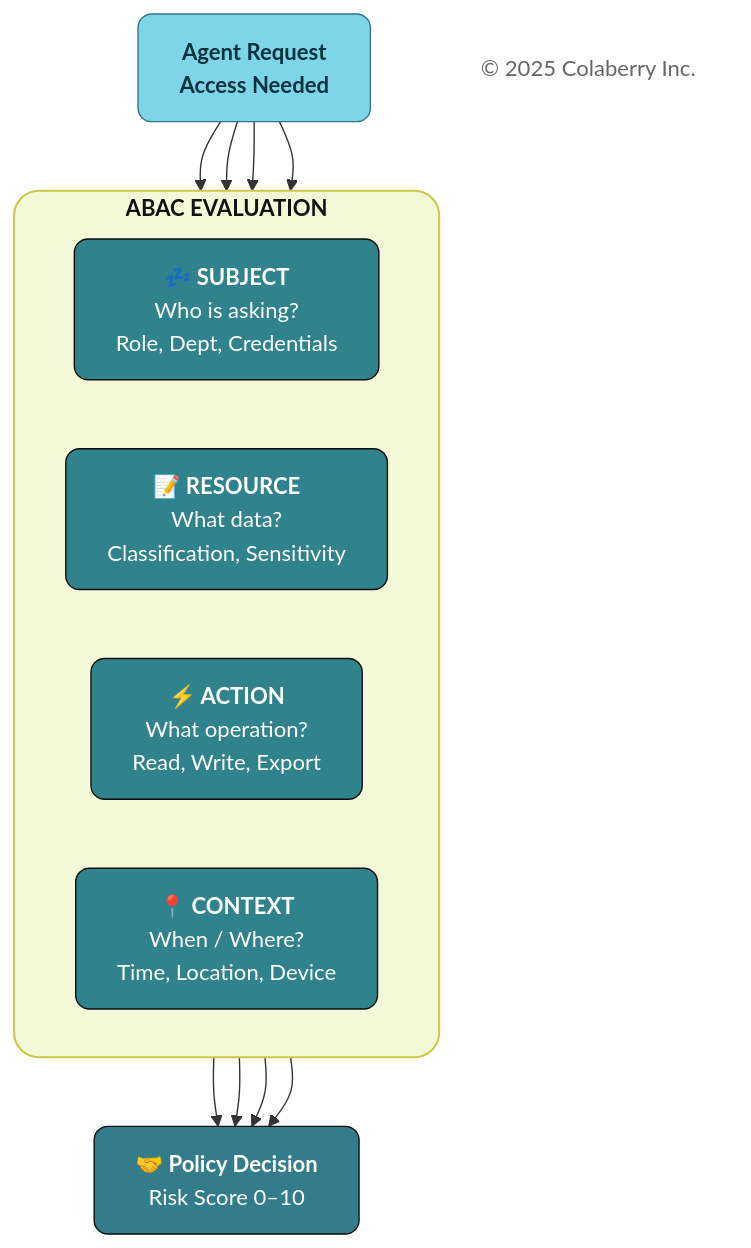
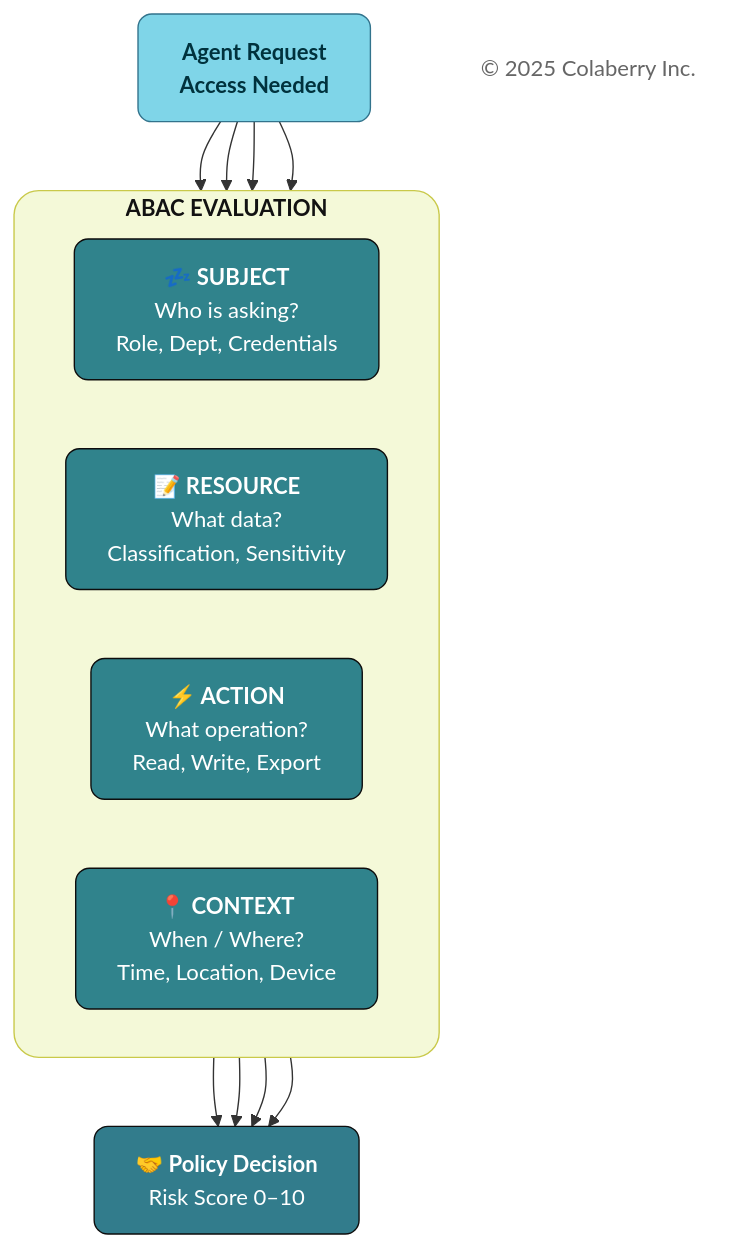
The fifth of 14 diagrams in manuscript/07_chapter_6_transparency_orchestration_layers.md (saitejesh-cyber/trust-before-intelligence-book), drawn with Mermaid before and after one commit. The commit also changed other lines of this file and 1 other file, not shown here.

Commit message:
broder width correction

````diff
--- a/manuscript/07_chapter_6_transparency_orchestration_layers.md
+++ b/manuscript/07_chapter_6_transparency_orchestration_layers.md
@@ -418,36 +418,36 @@
 ```mermaid
 graph TB
     Query["<b>Agent Request</b><br/><b>Access Needed</b>"]
 
     subgraph ABAC["<b>ABAC EVALUATION</b>"]
         direction LR
         S["<b>💤 SUBJECT</b><br/>Who is asking?<br/>Role, Dept, Credentials"]
         R["<b>📝 RESOURCE</b><br/>What data?<br/>Classification, Sensitivity"]
         A["<b>⚡ ACTION</b><br/>What operation?<br/>Read, Write, Export"]
         C["<b>📍 CONTEXT</b><br/>When / Where?<br/>Time, Location, Device"]
     end
 
     Policy["<b>🤝 Policy Decision</b><br/>Risk Score 0–10"]
     Copyright["© 2025 Colaberry Inc."]
 
     Query --> S
     Query --> R
     Query --> A
     Query --> C
     S --> Policy
     R --> Policy
     A --> Policy
     C --> Policy
 
     style Query fill:#7FD5E8,stroke:#32738C,stroke-width:1px,color:#00323D,rx:10,ry:10
 
     style S fill:#30838C,stroke:#0D0D0D,stroke-width:1px,color:#FFFFFF,rx:10,ry:10
     style R fill:#30838C,stroke:#0D0D0D,stroke-width:1px,color:#FFFFFF,rx:10,ry:10
     style A fill:#30838C,stroke:#0D0D0D,stroke-width:1px,color:#FFFFFF,rx:10,ry:10
     style C fill:#30838C,stroke:#0D0D0D,stroke-width:1px,color:#FFFFFF,rx:10,ry:10
 
-    style ABAC fill:#F4F9D8,stroke:#C9C94A,stroke-width:1.5px,color:#121212,rx:18,ry:18
+    style ABAC fill:#F4F9D8,stroke:#C9C94A,stroke-width:1px,color:#121212,rx:18,ry:18
 
     style Policy fill:#327C8C,stroke:#0D0D0D,stroke-width:1px,color:#FFFFFF,rx:10,ry:10
     style Copyright fill:none,stroke:none,color:#666666
 ```
````
